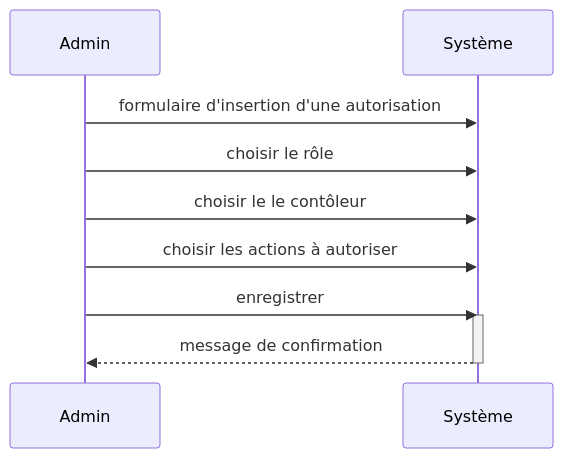
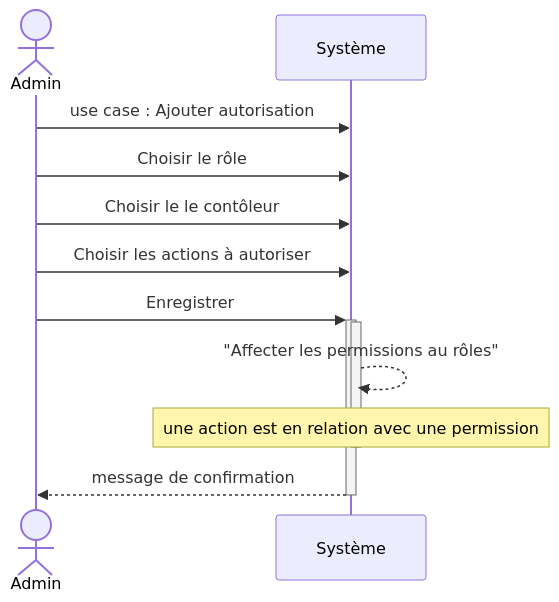
The diagram in modélisation/pkg_autorisations/sequence_ajouter_autorisation.mmd (zaani12/prototype), drawn with Mermaid before and after one commit. The commit also changed 29 other files, not shown here.

```diff
--- a/modélisation/pkg_autorisations/sequence_ajouter_autorisation.mmd
+++ b/modélisation/pkg_autorisations/sequence_ajouter_autorisation.mmd
@@ -1,11 +1,13 @@
 sequenceDiagram
+actor Admin
+Admin->>Système: use case : Ajouter autorisation
+Admin->>Système: Choisir le rôle
+Admin->>Système: Choisir le le contôleur
 
-Admin->>Système: formulaire d'insertion d'une autorisation
-Admin->>Système: choisir le rôle
-Admin->>Système: choisir le le contôleur
-
-Admin->>Système: choisir les actions à autoriser
-Admin->>Système: enregistrer
+Admin->>Système: Choisir les actions à autoriser
+Admin->>+Système: Enregistrer
 activate Système
-Système-->>Admin: message de confirmation
+Système -->>Système: "Affecter les permissions au rôles"
+note over Système : une action est en relation avec une permission
 deactivate Système
+Système-->>-Admin: message de confirmation
```
